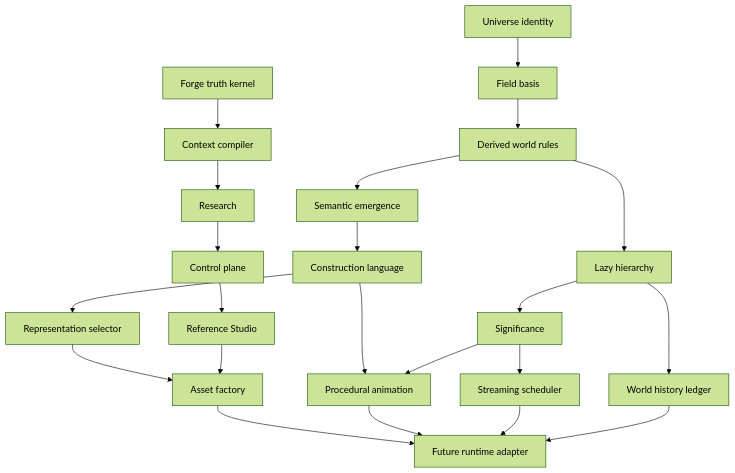
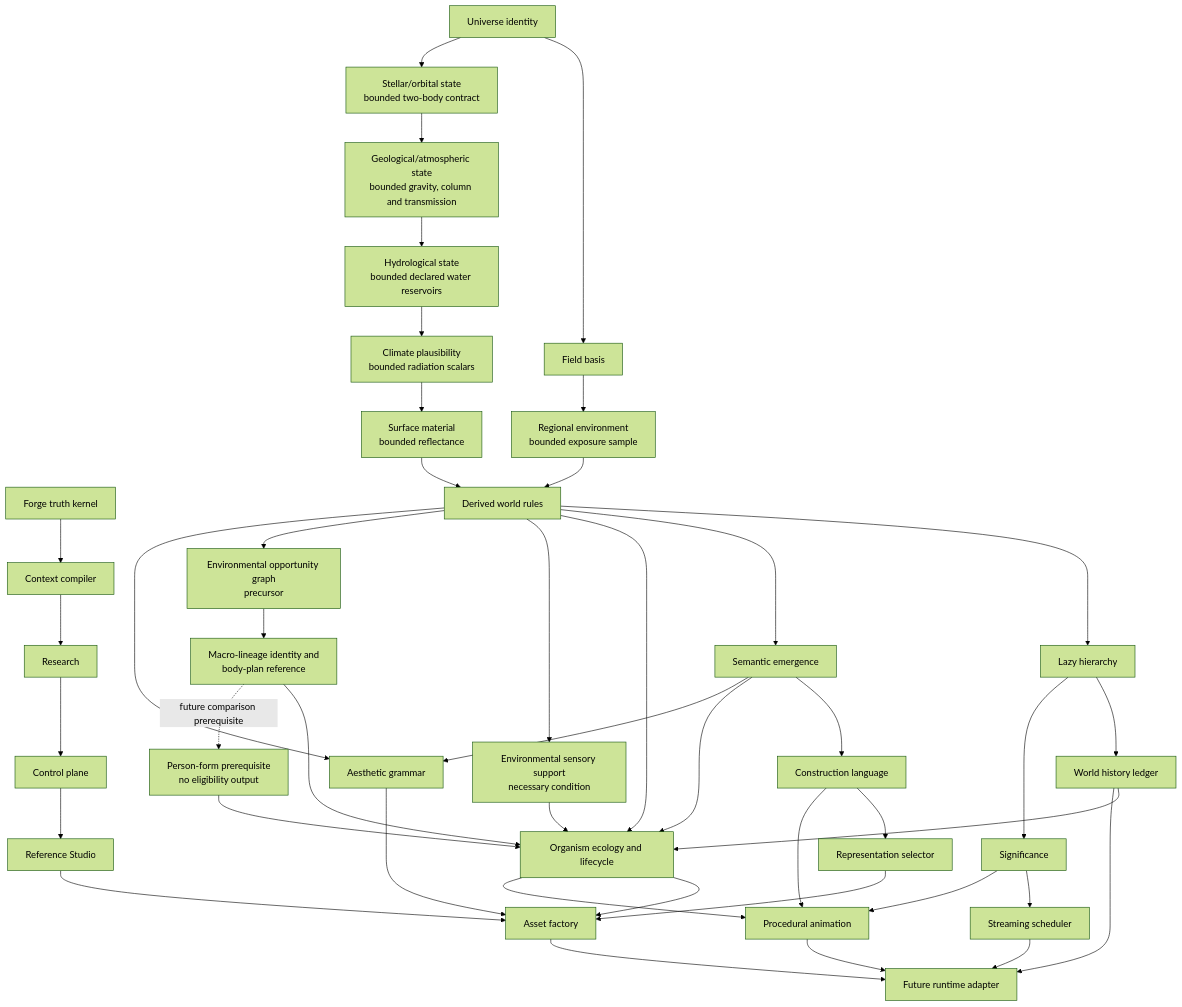
The diagram in docs/canonical-system/DEPENDENCY_MAP.md (zakwmthomas/Mindwarp-forge), drawn with Mermaid (forest theme) before and after one commit. The commit also changed other lines of this file and 545 other files, not shown here.

````diff
--- a/docs/canonical-system/DEPENDENCY_MAP.md
+++ b/docs/canonical-system/DEPENDENCY_MAP.md
@@ -3,14 +3,26 @@
 ```mermaid
 flowchart TB
   FK["Forge truth kernel"] --> FC["Context compiler"] --> FR["Research"] --> FP["Control plane"] --> FS["Reference Studio"]
-  UI["Universe identity"] --> FB["Field basis"] --> DW["Derived world rules"] --> LH["Lazy hierarchy"] --> WH["World history ledger"]
+  UI["Universe identity"] --> FB["Field basis"] --> RE["Regional environment\nbounded exposure sample"] --> DW["Derived world rules"] --> LH["Lazy hierarchy"] --> WH["World history ledger"]
+  UI --> SO["Stellar/orbital state\nbounded two-body contract"] --> GA["Geological/atmospheric state\nbounded gravity, column and transmission"] --> HY["Hydrological state\nbounded declared water reservoirs"] --> CS["Climate plausibility\nbounded radiation scalars"] --> SM["Surface material\nbounded reflectance"] --> DW
   LH --> SG["Significance"] --> SS["Streaming scheduler"]
   DW --> SE["Semantic emergence"] --> CL["Construction language"] --> RS["Representation selector"] --> AF["Asset factory"]
+  DW --> OE["Organism ecology and lifecycle"]
+  SE --> OE
+  WH --> OE
+  DW --> ES["Environmental sensory support\nnecessary condition"] --> OE
+  DW --> EOG["Environmental opportunity graph\nprecursor"] --> ML["Macro-lineage identity and\nbody-plan reference"] --> OE
+  ML -. "future comparison prerequisite" .-> PF["Person-form prerequisite\nno eligibility output"] --> OE
+  DW --> AG["Aesthetic grammar"]
+  SE --> AG
+  OE --> AF
+  AG --> AF
   CL --> PA["Procedural animation"]
+  OE --> PA
   SG --> PA
   FS --> AF
   AF --> RA["Future runtime adapter"]
   PA --> RA
   SS --> RA
   WH --> RA
 ```
````
